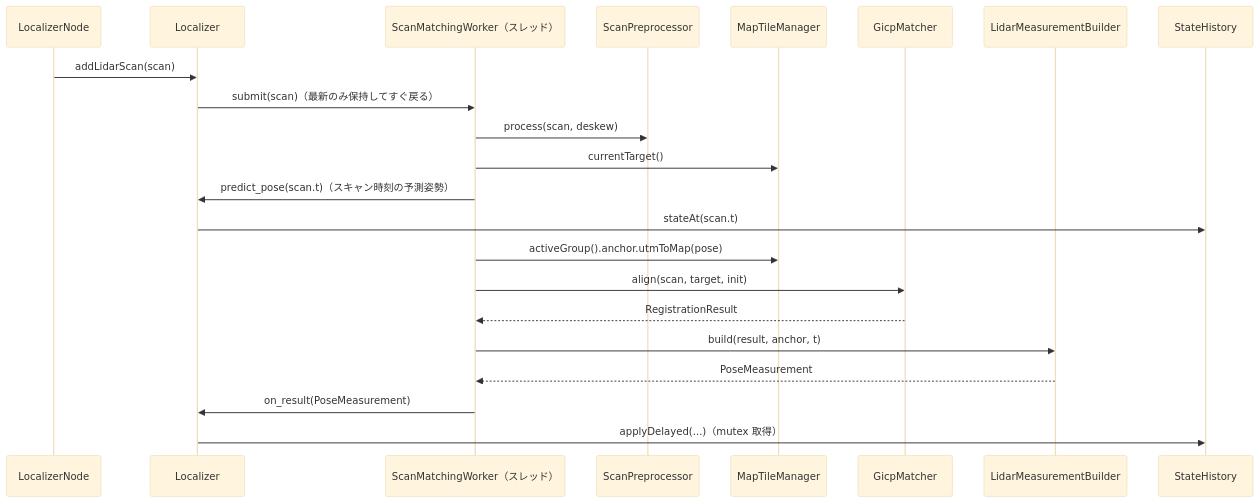
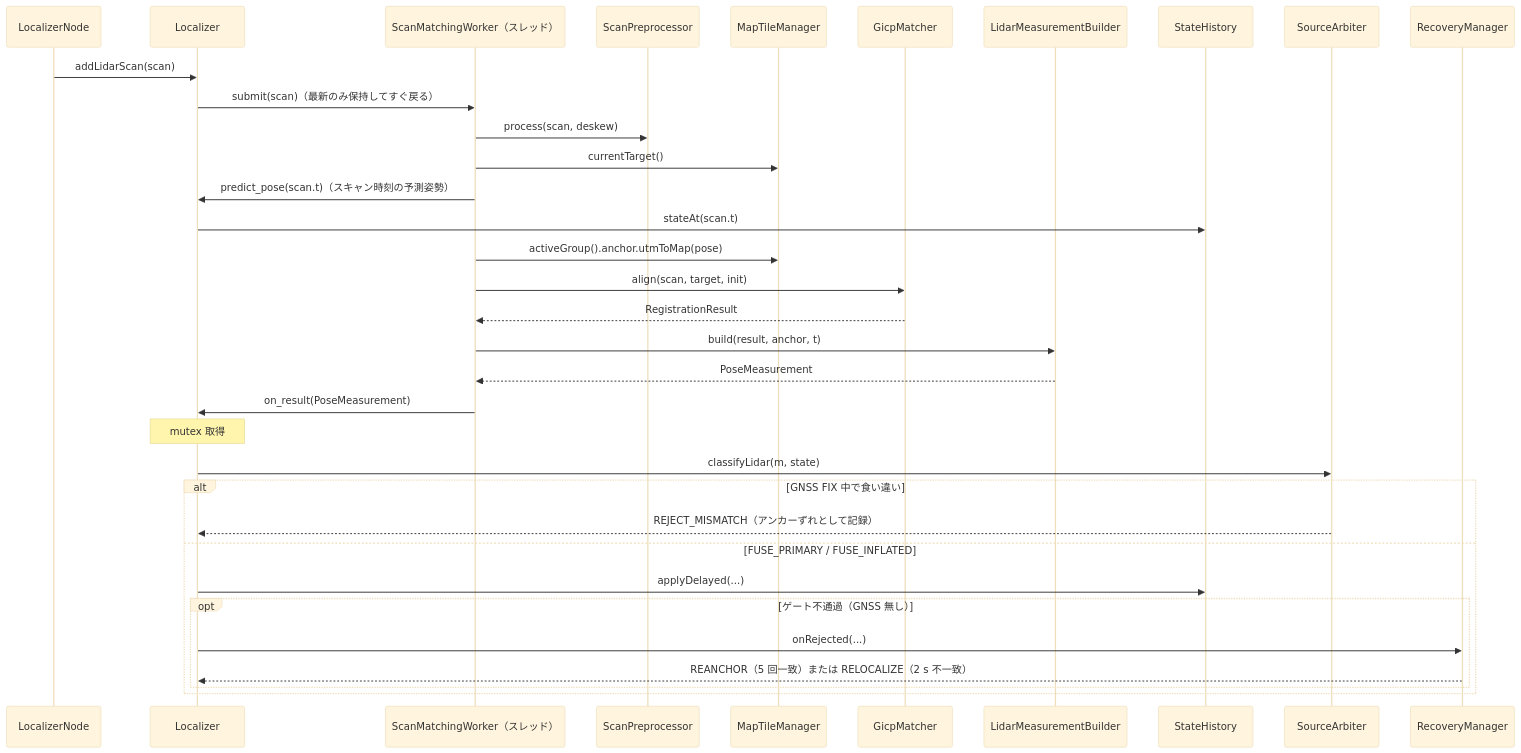
One commit to mamoru1126/gnss_and_lidar_localization changed diagram 11 of 12 in docs/architecture.md. Above: the diagram before and after it, drawn with Mermaid (base theme). The commit also changed other lines of this file and 1 other file, not shown here.

First line of the commit message:
docs: GNSS/LiDAR の優先度・食い違い判定・復帰を追加（設計書 v0.4）

````diff
--- a/docs/architecture.md
+++ b/docs/architecture.md
@@ -794,25 +883,37 @@
 ```mermaid
 sequenceDiagram
   participant N as LocalizerNode
   participant L as Localizer
   participant W as ScanMatchingWorker（スレッド）
   participant P as ScanPreprocessor
   participant MT as MapTileManager
   participant G as GicpMatcher
   participant LB as LidarMeasurementBuilder
   participant H as StateHistory
+  participant AR as SourceArbiter
+  participant RC as RecoveryManager
 
   N->>L: addLidarScan(scan)
   L->>W: submit(scan)（最新のみ保持してすぐ戻る）
   W->>P: process(scan, deskew)
   W->>MT: currentTarget()
   W->>L: predict_pose(scan.t)（スキャン時刻の予測姿勢）
   L->>H: stateAt(scan.t)
   W->>MT: activeGroup().anchor.utmToMap(pose)
   W->>G: align(scan, target, init)
   G-->>W: RegistrationResult
   W->>LB: build(result, anchor, t)
   LB-->>W: PoseMeasurement
   W->>L: on_result(PoseMeasurement)
-  L->>H: applyDelayed(...)（mutex 取得）
+  Note over L: mutex 取得
+  L->>AR: classifyLidar(m, state)
+  alt GNSS FIX 中で食い違い
+    AR-->>L: REJECT_MISMATCH（アンカーずれとして記録）
+  else FUSE_PRIMARY / FUSE_INFLATED
+    L->>H: applyDelayed(...)
+    opt ゲート不通過（GNSS 無し）
+      L->>RC: onRejected(...)
+      RC-->>L: REANCHOR（5 回一致）または RELOCALIZE（2 s 不一致）
+    end
+  end
 ```
````
